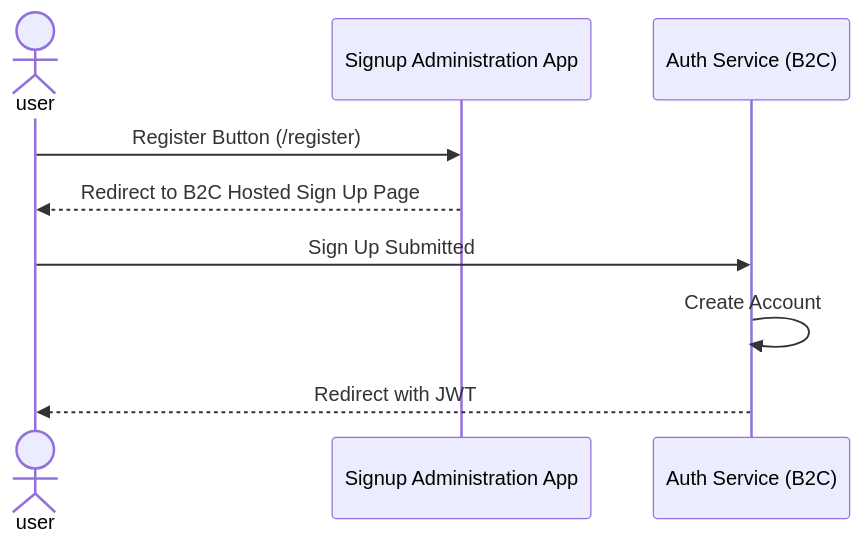
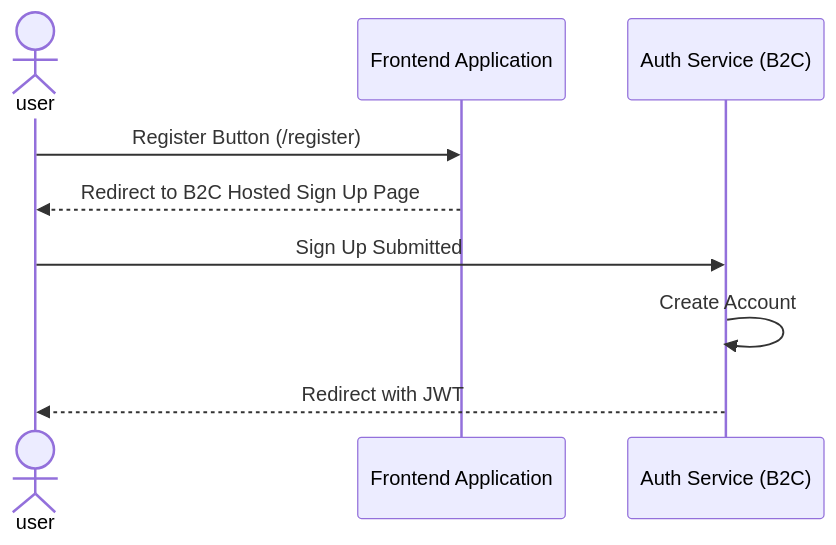
The first of 3 diagrams in docs/azure-saas-docs/content/en/components/Identity/identity-flows.md (Azure/azure-saas), drawn with Mermaid before and after one commit. The commit also changed other lines of this file and 1 other file, not shown here.

Commit message:
identity and signup admin flow changes

````diff
--- a/docs/azure-saas-docs/content/en/components/Identity/identity-flows.md
+++ b/docs/azure-saas-docs/content/en/components/Identity/identity-flows.md
@@ -9,13 +9,13 @@
 ```mermaid
 sequenceDiagram  
 actor user 
-participant signup as Signup Administration App
+participant frontend as Frontend Application
 participant auth as Auth Service (B2C)
 
 
-user->>signup : Register Button (/register)
-signup-->>user : Redirect to B2C Hosted Sign Up Page
+user->>frontend : Register Button (/register)
+frontend-->>user : Redirect to B2C Hosted Sign Up Page
 user->>auth : Sign Up Submitted
 auth->>auth : Create Account
 auth-->>user : Redirect with JWT
 ```
````
